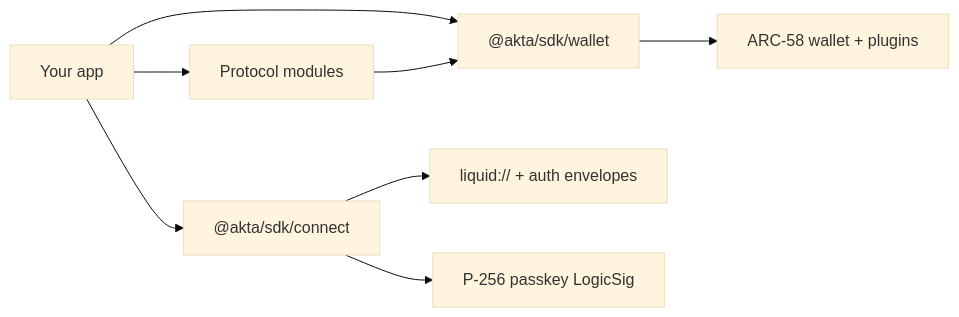
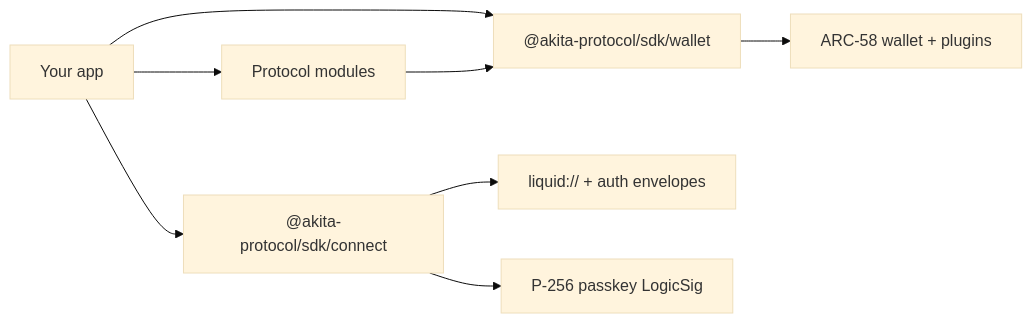
One commit to akita-protocol/akita-sc changed the diagram in projects/akita-sdk/README.md. Above: the diagram before and after it, drawn with Mermaid (base theme). The commit also changed other lines of this file and 7 other files, not shown here.

First line of the commit message:
Move sdk and plugin to the @akita-protocol npm scope

````diff
--- a/projects/akita-sdk/README.md
+++ b/projects/akita-sdk/README.md
@@ -7,10 +7,10 @@
 ```mermaid
 flowchart LR
-  dapp[Your app] --> wallet["@akta/sdk/wallet"]
-  dapp --> connect["@akta/sdk/connect"]
+  dapp[Your app] --> wallet["@akita-protocol/sdk/wallet"]
+  dapp --> connect["@akita-protocol/sdk/connect"]
   dapp --> modules[Protocol modules]
   wallet --> arc58[ARC-58 wallet + plugins]
   connect --> uri["liquid:// + auth envelopes"]
   connect --> passkey[P-256 passkey LogicSig]
   modules --> wallet
 ```
````
